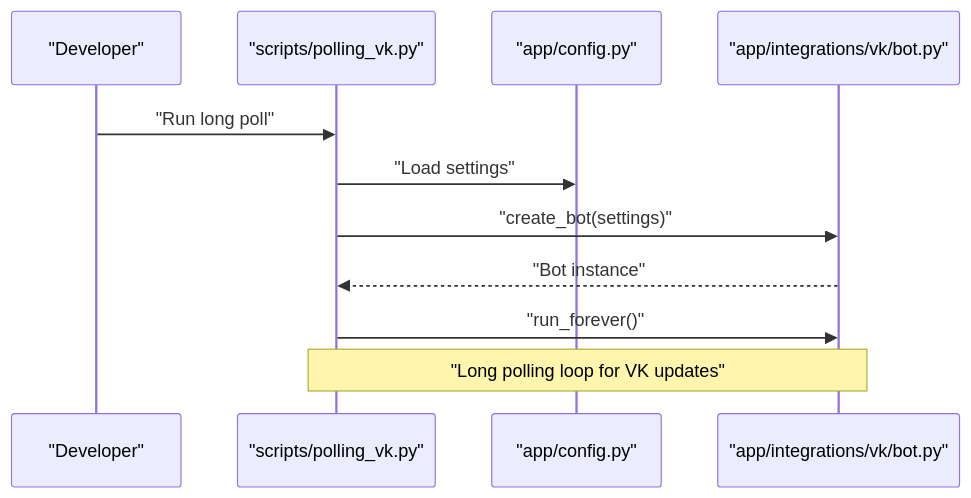
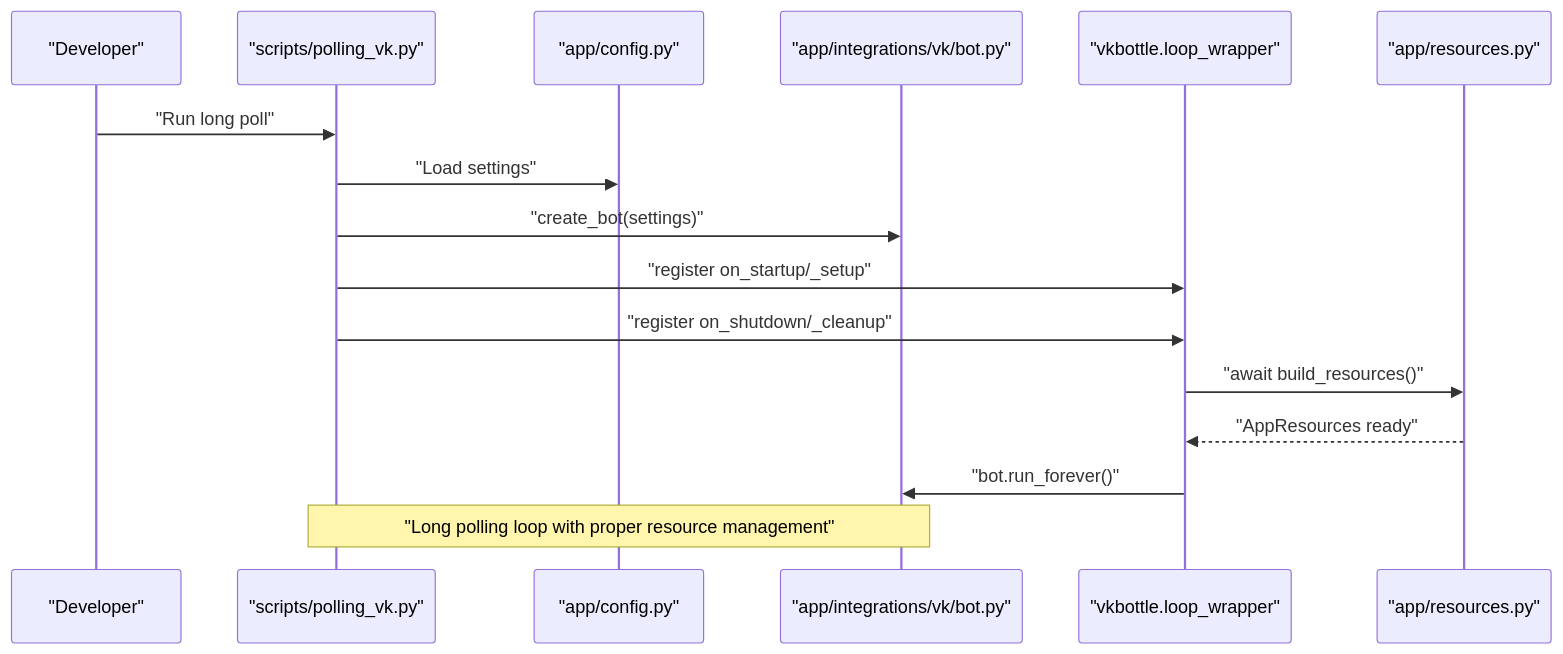
One commit to ognelis/cafetera_hr_bot changed diagram 15 of 23 in .qoder/repowiki/en/content/Deployment and Operations.md. Above: the diagram before and after it, drawn with Mermaid. The commit also changed other lines of this file and 12 other files, not shown here.

````diff
--- a/.qoder/repowiki/en/content/Deployment and Operations.md
+++ b/.qoder/repowiki/en/content/Deployment and Operations.md
@@ -612,13 +723,18 @@
 ```mermaid
 sequenceDiagram
 participant Dev as "Developer"
 participant Script as "scripts/polling_vk.py"
 participant Config as "app/config.py"
 participant Bot as "app/integrations/vk/bot.py"
+participant LoopWrapper as "vkbottle.loop_wrapper"
+participant Resources as "app/resources.py"
 Dev->>Script : "Run long poll"
 Script->>Config : "Load settings"
 Script->>Bot : "create_bot(settings)"
-Bot-->>Script : "Bot instance"
-Script->>Bot : "run_forever()"
-Note over Script,Bot : "Long polling loop for VK updates"
+Script->>LoopWrapper : "register on_startup/_setup"
+Script->>LoopWrapper : "register on_shutdown/_cleanup"
+LoopWrapper->>Resources : "await build_resources()"
+Resources-->>LoopWrapper : "AppResources ready"
+LoopWrapper->>Bot : "bot.run_forever()"
+Note over Script,Bot : "Long polling loop with proper resource management"
 ```
````
